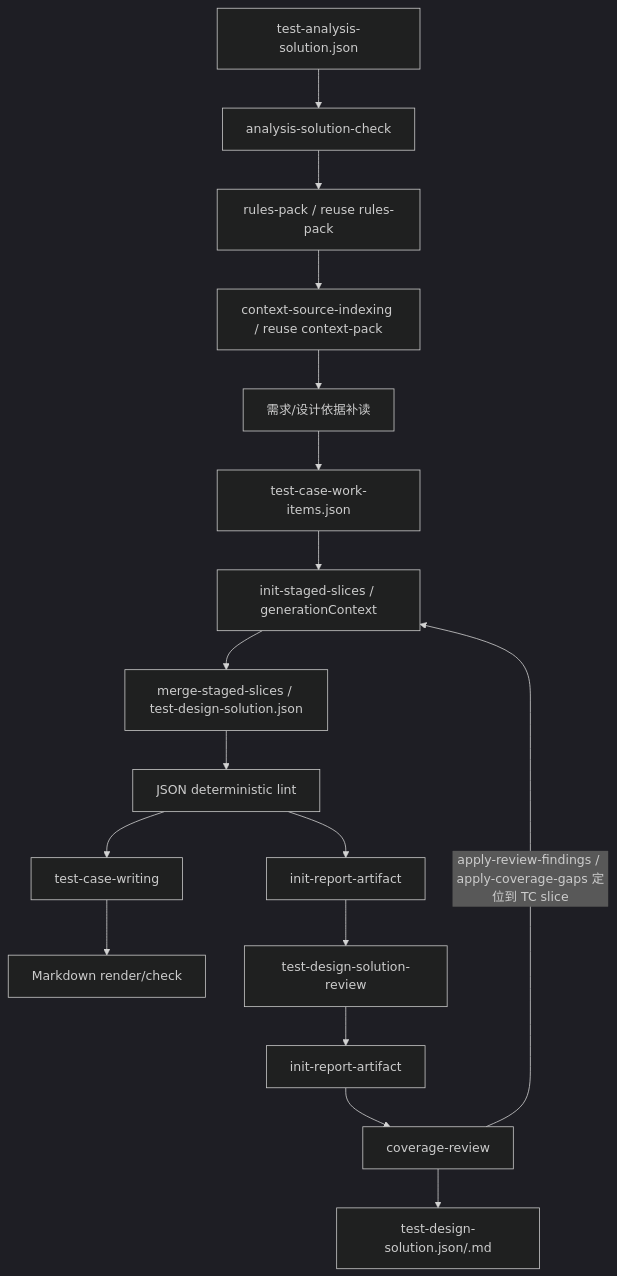
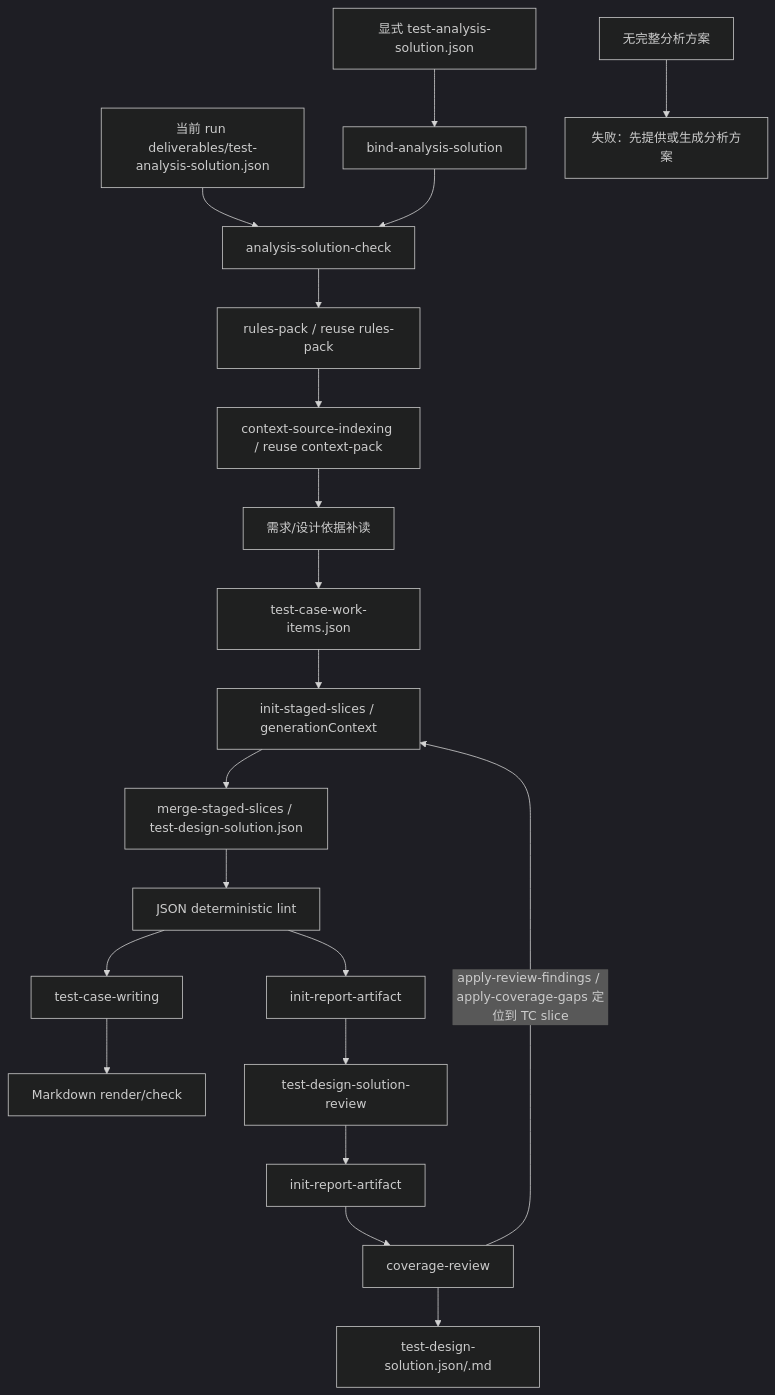
The diagram in docs/test-design-agent-design.md (szluoqy-byte/Test-Analysis-Agent-MM), drawn with Mermaid (dark theme) before and after one commit. The commit also changed other lines of this file and 11 other files, not shown here.

````diff
--- a/docs/test-design-agent-design.md
+++ b/docs/test-design-agent-design.md
@@ -11,19 +11,22 @@
 ```mermaid
 flowchart TD
-  analysis["test-analysis-solution.json"] --> check["analysis-solution-check"]
+  explicit["显式 test-analysis-solution.json"] --> bind["bind-analysis-solution"]
+  current["当前 run deliverables/test-analysis-solution.json"] --> check["analysis-solution-check"]
+  bind --> check
+  missing["无完整分析方案"] --> fail["失败：先提供或生成分析方案"]
   check --> rules["rules-pack / reuse rules-pack"]
   rules --> context["context-source-indexing / reuse context-pack"]
   context --> basis["需求/设计依据补读"]
   basis --> workItems["test-case-work-items.json"]
   workItems --> slices["init-staged-slices / generationContext"]
   slices --> generation["merge-staged-slices / test-design-solution.json"]
   generation --> jsonlint["JSON deterministic lint"]
   jsonlint --> writing["test-case-writing"]
   writing --> lint["Markdown render/check"]
   jsonlint --> reviewInit["init-report-artifact"]
   reviewInit --> review["test-design-solution-review"]
   review --> coverageInit["init-report-artifact"]
   coverageInit --> coverage["coverage-review"]
   coverage -->|apply-review-findings / apply-coverage-gaps 定位到 TC slice| slices
   coverage --> output["test-design-solution.json/.md"]
 ```
````
